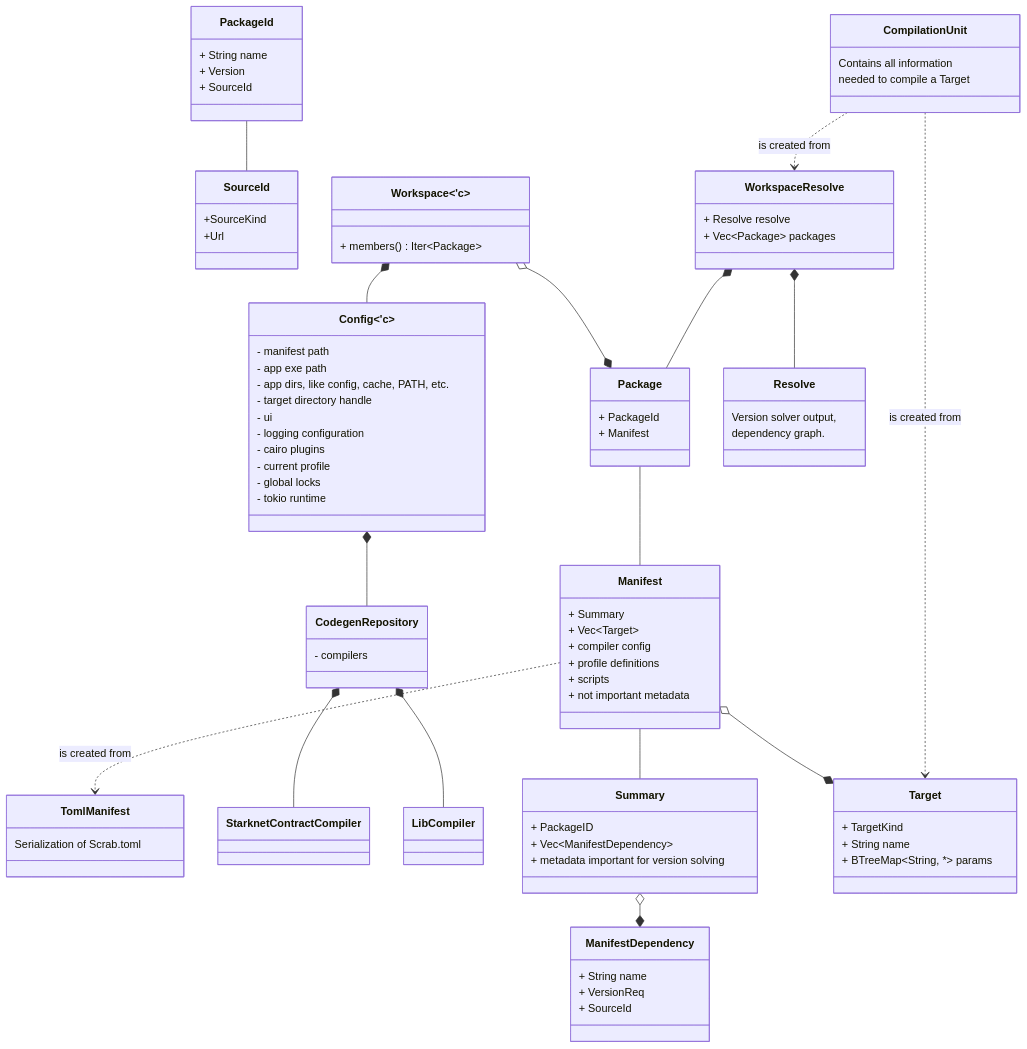
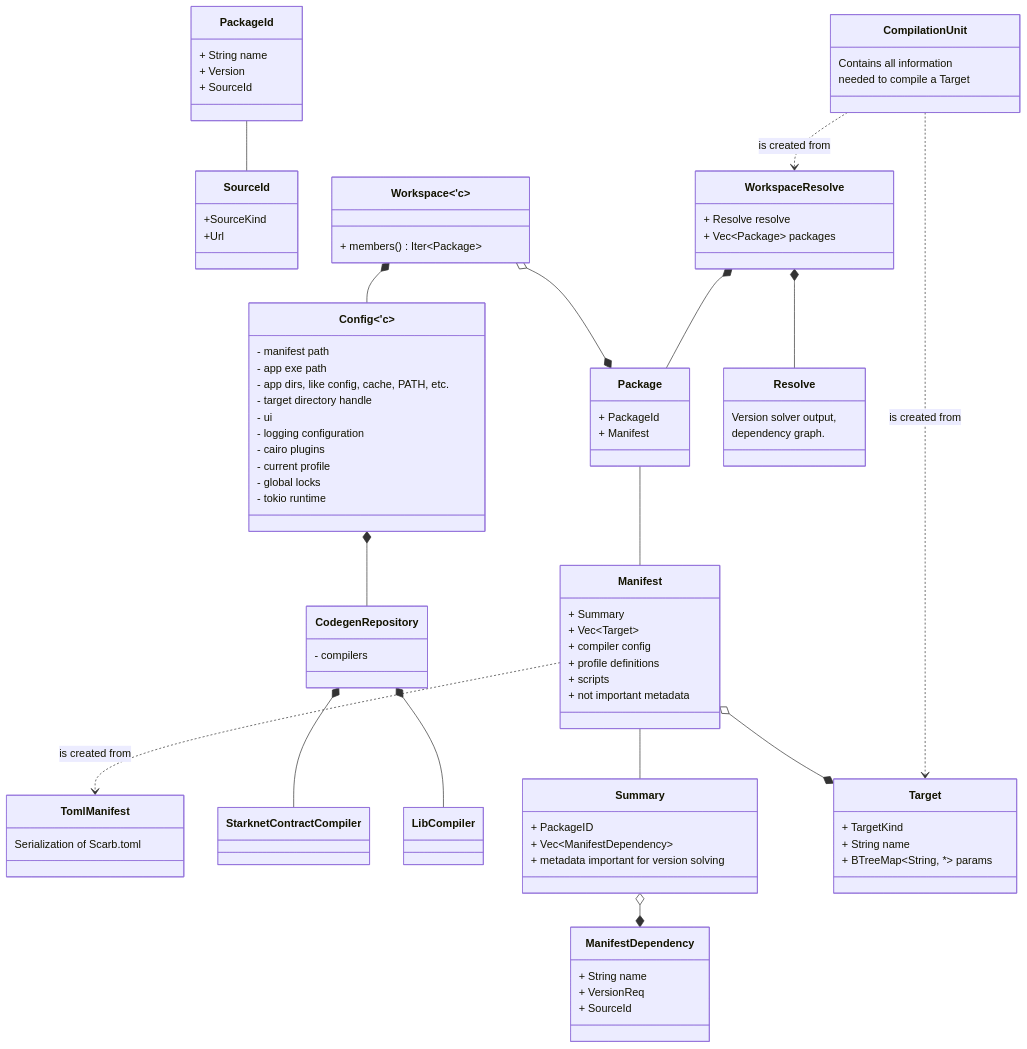
One commit to software-mansion/scarb changed the second of 2 diagrams in ARCHITECTURE.md. Above: the diagram before and after it, drawn with Mermaid.

```diff
--- a/ARCHITECTURE.md
+++ b/ARCHITECTURE.md
@@ -59,7 +59,7 @@
         +Url
     }
     class TomlManifest {
-        Serialization of Scrab.toml
+        Serialization of Scarb.toml
     }
     class Config~'c~ {
         - manifest path
```
